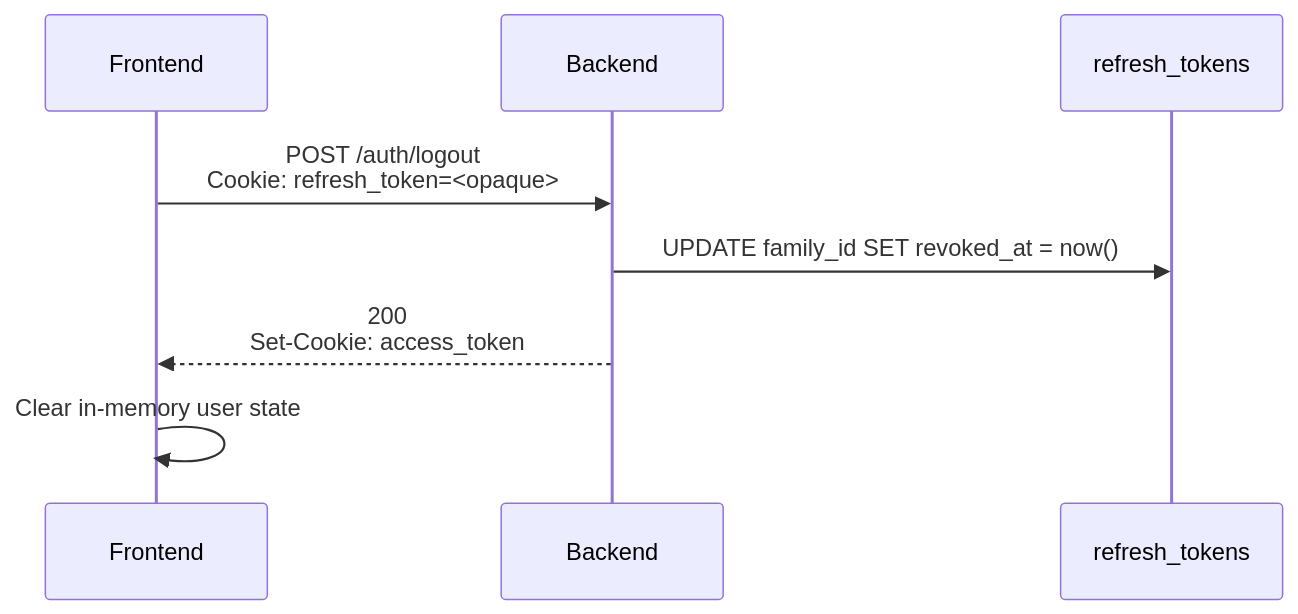
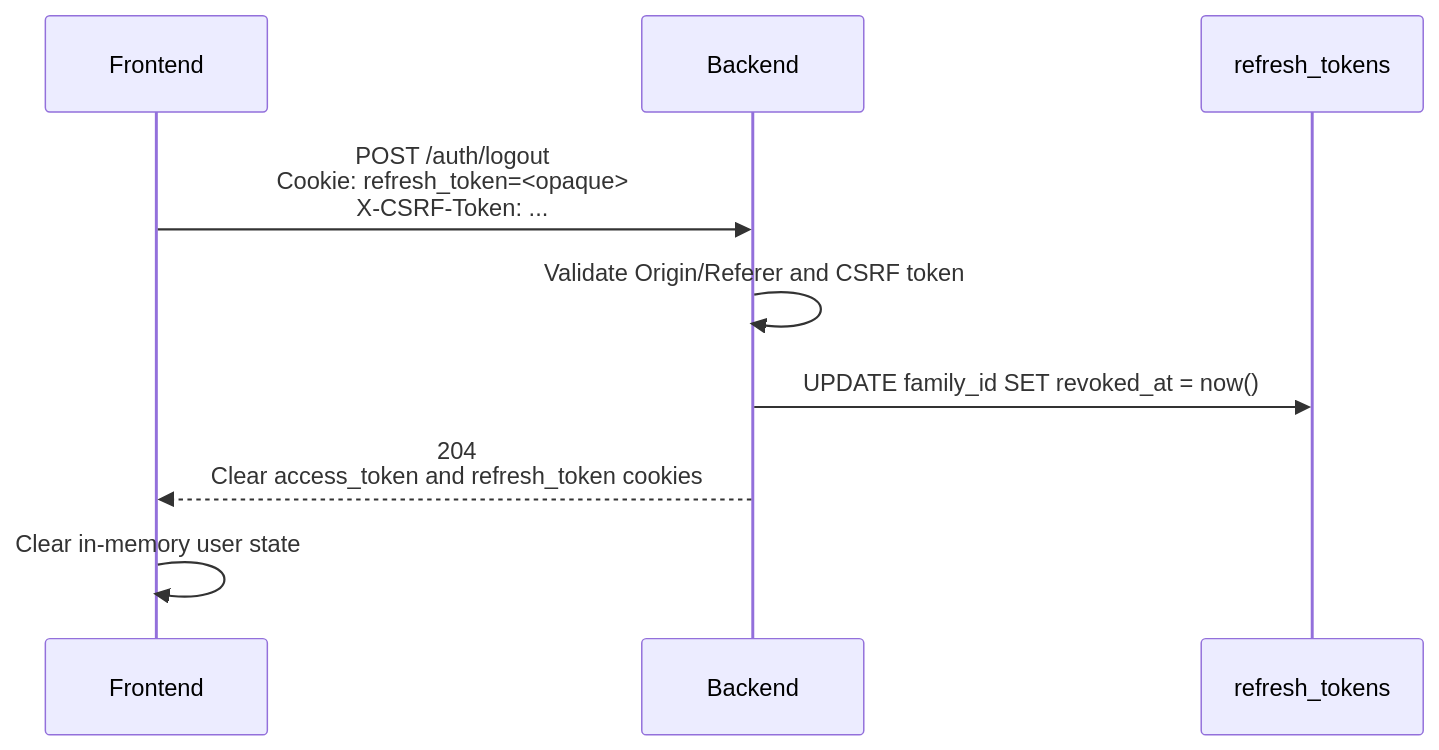
The fourth of 4 diagrams in docs/AUTH_FLOW.md (NYCU-SDC/sciedu-api), drawn with Mermaid before and after one commit. The commit also changed other lines of this file, not shown here.

Commit message:
docs: update authentication flow documentation with security requirements and CSRF protection details

````diff
--- a/docs/AUTH_FLOW.md
+++ b/docs/AUTH_FLOW.md
@@ -136,10 +182,11 @@
 ```mermaid
 sequenceDiagram
     participant F as Frontend
     participant B as Backend
     participant DB as refresh_tokens
-    F->>B: POST /auth/logout<br/>Cookie: refresh_token=<opaque>
+    F->>B: POST /auth/logout<br/>Cookie: refresh_token=<opaque><br/>X-CSRF-Token: ...
+    B->>B: Validate Origin/Referer and CSRF token
     B->>DB: UPDATE family_id SET revoked_at = now()
-    B-->>F: 200<br/>Set-Cookie: access_token
+    B-->>F: 204<br/>Clear access_token and refresh_token cookies
     F->>F: Clear in-memory user state
 ```
````
